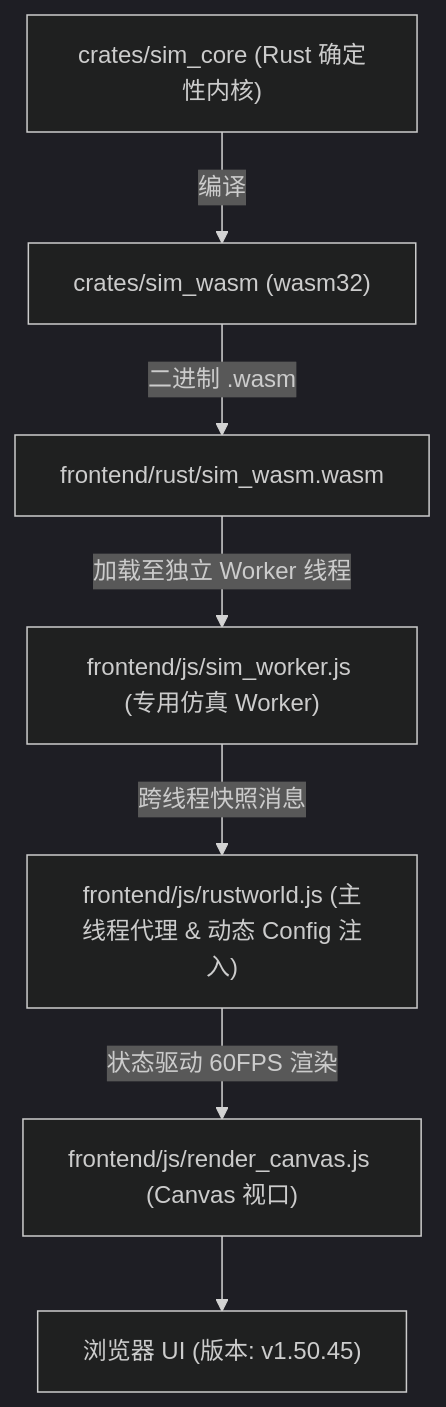
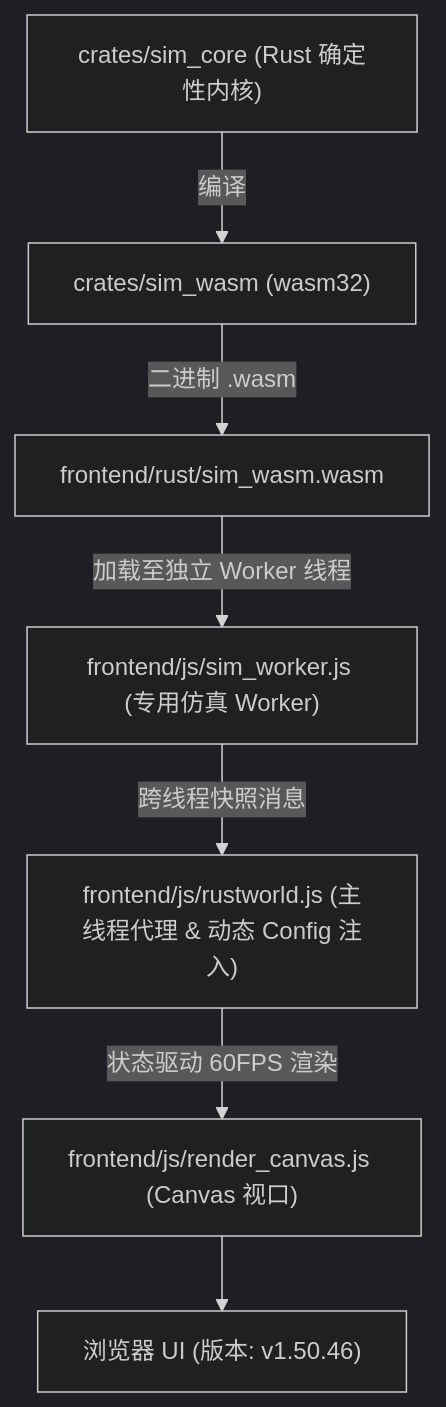
The diagram in AGENTS.md (g39088902/FlowAndAccord), drawn with Mermaid (dark theme) before and after one commit. The commit also changed other lines of this file and 22 other files, not shown here.

````diff
--- a/AGENTS.md
+++ b/AGENTS.md
@@ -61,10 +61,10 @@
 ```mermaid
 graph TD
     A["crates/sim_core (Rust 确定性内核)"] -->|编译| B["crates/sim_wasm (wasm32)"]
     B -->|二进制 .wasm| C["frontend/rust/sim_wasm.wasm"]
     C -->|加载至独立 Worker 线程| D["frontend/js/sim_worker.js (专用仿真 Worker)"]
     D -->|跨线程快照消息| E["frontend/js/rustworld.js (主线程代理 & 动态 Config 注入)"]
     E -->|状态驱动 60FPS 渲染| F["frontend/js/render_canvas.js (Canvas 视口)"]
-    F --> G["浏览器 UI (版本: v1.50.45)"]
+    F --> G["浏览器 UI (版本: v1.50.46)"]
 
 ```
````
